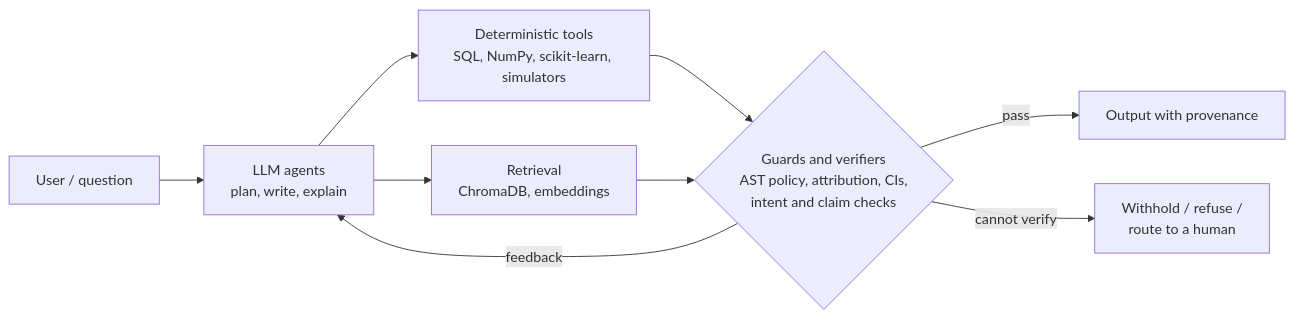
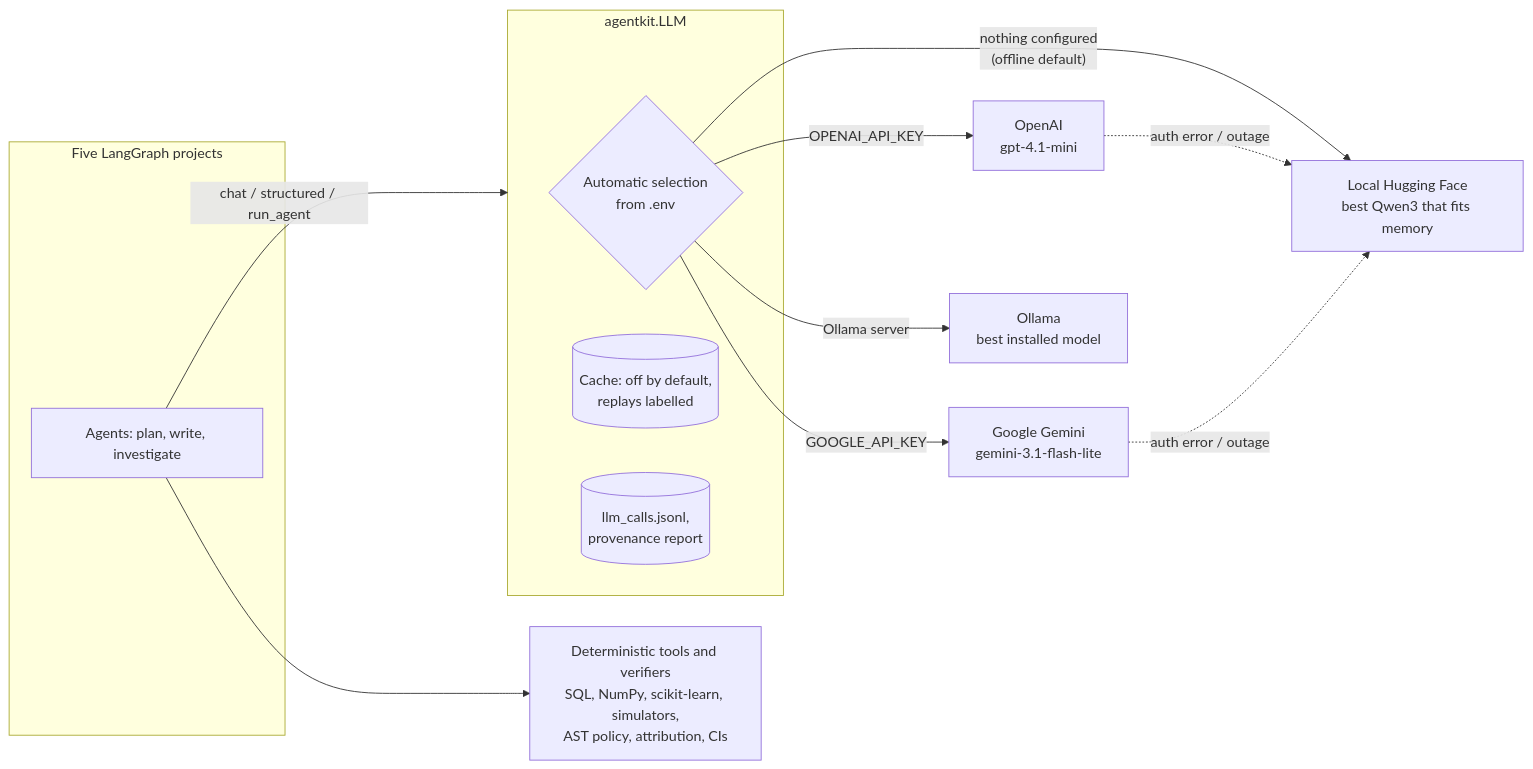
One commit to Divya171997/Divya171997 changed the diagram in Agentic AI/README.md. Above: the diagram before and after it, drawn with Mermaid. The commit also changed other lines of this file and 31 other files, not shown here.

````diff
--- a/Agentic AI/README.md
+++ b/Agentic AI/README.md
@@ -15,11 +17,19 @@
 ```mermaid
 flowchart LR
-    U[User / question] --> A[LLM agents<br/>plan, write, explain]
-    A --> T[Deterministic tools<br/>SQL, NumPy, scikit-learn, simulators]
-    A --> R[Retrieval<br/>ChromaDB, embeddings]
-    T --> V{Guards and verifiers<br/>AST policy, attribution, CIs,<br/>intent and claim checks}
-    R --> V
-    V -- feedback --> A
-    V -- pass --> O[Output with provenance]
-    V -- "cannot verify" --> H[Withhold / refuse /<br/>route to a human]
+    subgraph Projects["Five LangGraph projects"]
+        N1[Agents: plan, write, investigate]
+    end
+    N1 -- "chat / structured / run_agent" --> AK
+    subgraph AK["agentkit.LLM"]
+        SEL{Automatic selection<br/>from .env}
+        CACHE[(Cache: off by default,<br/>replays labelled)]
+        LOG[(llm_calls.jsonl,<br/>provenance report)]
+    end
+    SEL -- OPENAI_API_KEY --> OA[OpenAI<br/>gpt-4.1-mini]
+    SEL -- GOOGLE_API_KEY --> GE[Google Gemini<br/>gemini-3.1-flash-lite]
+    SEL -- Ollama server --> OL[Ollama<br/>best installed model]
+    SEL -- "nothing configured<br/>(offline default)" --> HF[Local Hugging Face<br/>best Qwen3 that fits memory]
+    OA -. "auth error / outage" .-> HF
+    GE -. "auth error / outage" .-> HF
+    N1 --> T[Deterministic tools and verifiers<br/>SQL, NumPy, scikit-learn, simulators,<br/>AST policy, attribution, CIs]
 ```
````
